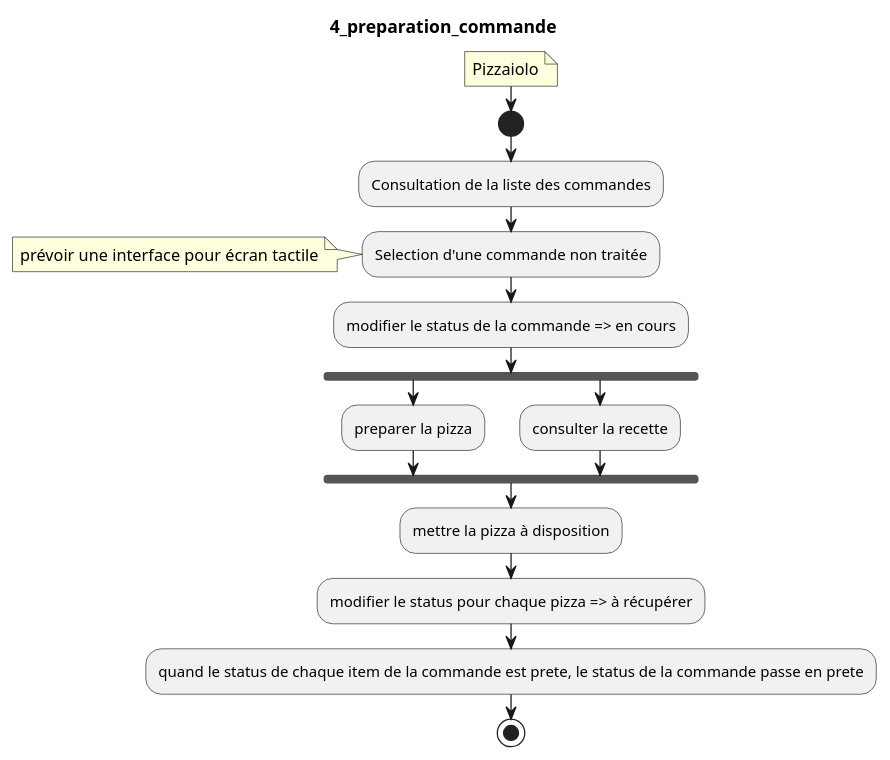
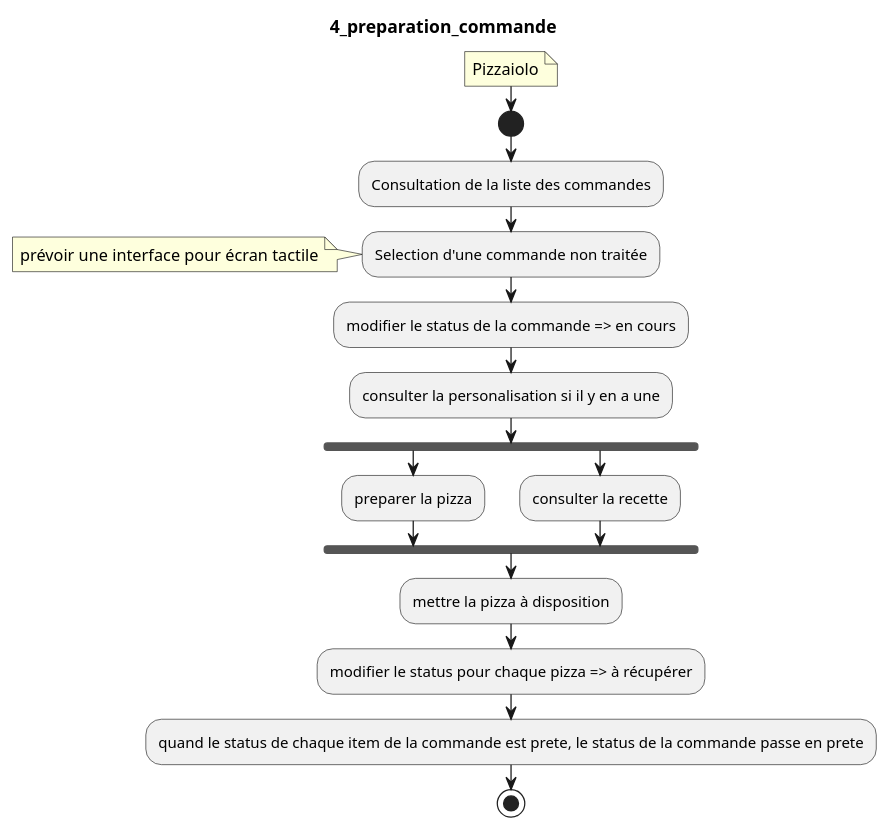
Before and after one commit to Zepmanbc/oc_dapython_pr4: the diagram in doc/uml/4_preparation_commande.puml, drawn with PlantUML. The commit also changed 24 other files, not shown here.

```diff
--- a/doc/uml/4_preparation_commande.puml
+++ b/doc/uml/4_preparation_commande.puml
@@ -1,21 +1,22 @@
 @startuml
 title 4_preparation_commande
 
 note: Pizzaiolo
 start
 
 :Consultation de la liste des commandes;
 :Selection d'une commande non traitée;
 note: prévoir une interface pour écran tactile
 :modifier le status de la commande => en cours;
+:consulter la personalisation si il y en a une;
 fork
     :preparer la pizza;
 fork again
-    :consulter la recette;
+    :consulter la recette;  
 endfork
 :mettre la pizza à disposition;
 :modifier le status pour chaque pizza => à récupérer;
 :quand le status de chaque item de la commande est prete, le status de la commande passe en prete;
 
 stop
 @enduml
```
